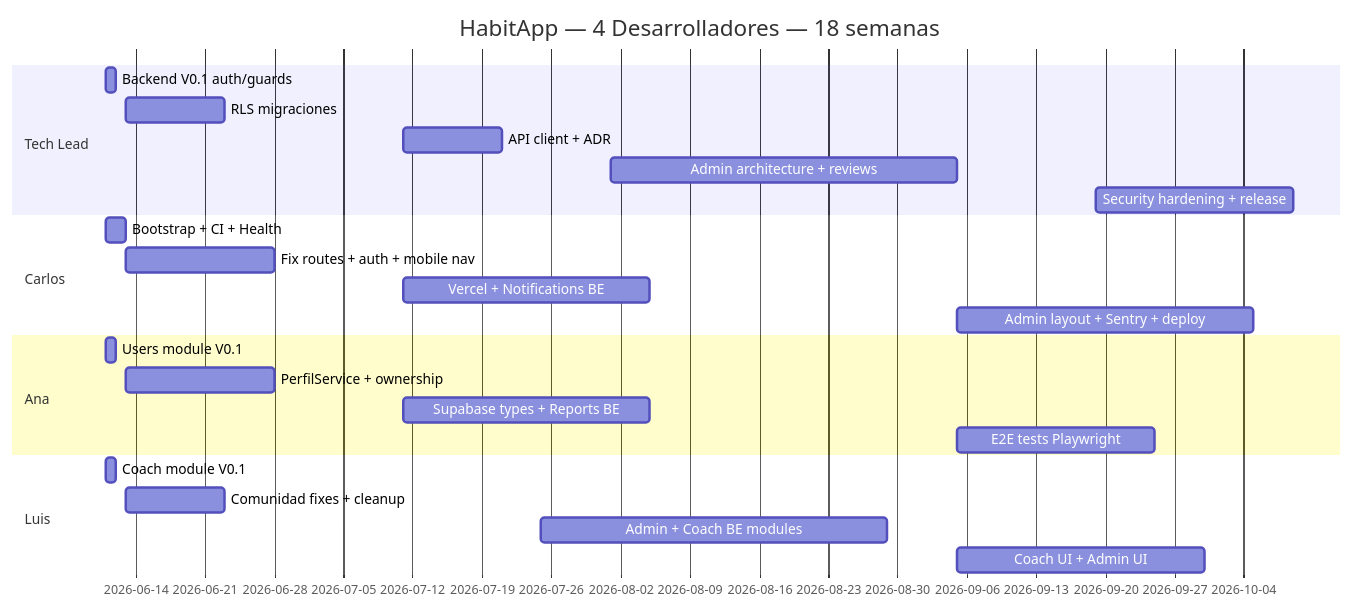
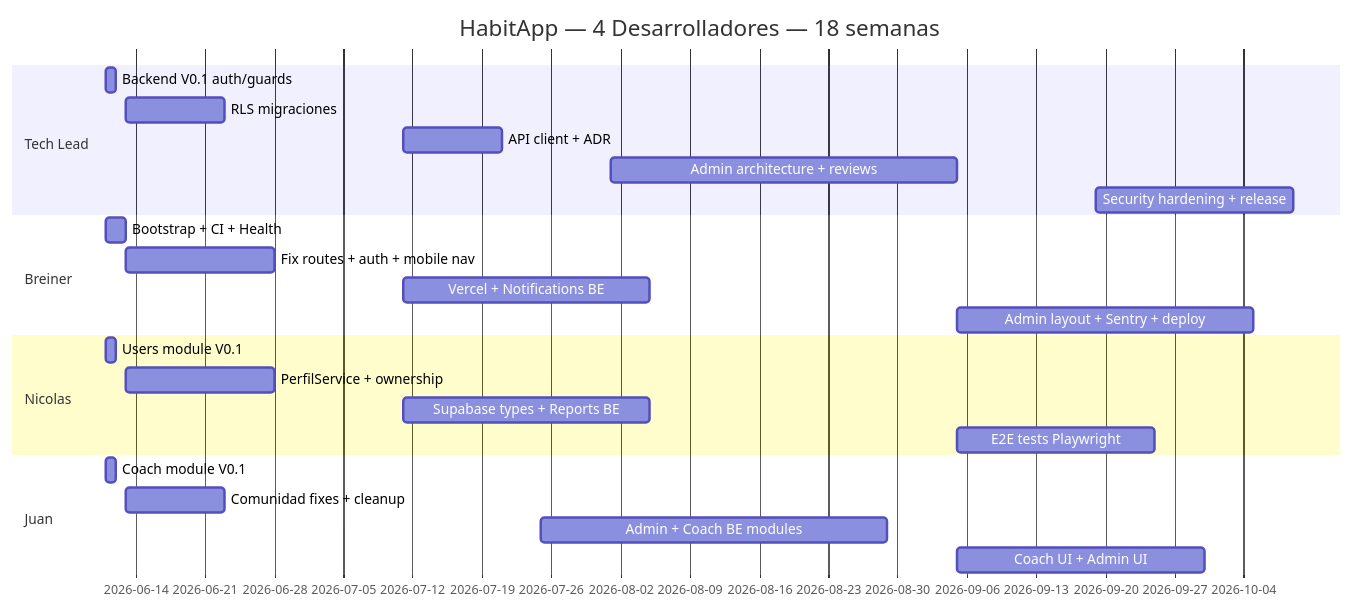
The fifth of 5 diagrams in .planeacion/PLAN_MAESTRO_HABITAPP_V1.md (CarlosAcosta44/habitapp), drawn with Mermaid before and after one commit. The commit also changed other lines of this file and 3 other files, not shown here.

````diff
--- a/.planeacion/PLAN_MAESTRO_HABITAPP_V1.md
+++ b/.planeacion/PLAN_MAESTRO_HABITAPP_V1.md
@@ -477,30 +477,30 @@
 ```mermaid
 gantt
     title HabitApp — 4 Desarrolladores — 18 semanas
     dateFormat YYYY-MM-DD
 
     section Tech Lead
     Backend V0.1 auth/guards       :tl0, 2026-06-11, 1d
     RLS migraciones                :tl1, 2026-06-13, 10d
     API client + ADR               :tl2, 2026-07-11, 10d
     Admin architecture + reviews   :tl3, 2026-08-01, 35d
     Security hardening + release   :tl4, 2026-09-19, 20d
 
-    section Carlos
+    section Breiner
     Bootstrap + CI + Health        :c0, 2026-06-11, 2d
     Fix routes + auth + mobile nav   :c1, 2026-06-13, 15d
     Vercel + Notifications BE      :c2, 2026-07-11, 25d
     Admin layout + Sentry + deploy   :c3, 2026-09-05, 30d
 
-    section Ana
+    section Nicolas
     Users module V0.1              :a0, 2026-06-11, 1d
     PerfilService + ownership      :a1, 2026-06-13, 15d
     Supabase types + Reports BE    :a2, 2026-07-11, 25d
     E2E tests Playwright           :a3, 2026-09-05, 20d
 
-    section Luis
+    section Juan
     Coach module V0.1              :l0, 2026-06-11, 1d
     Comunidad fixes + cleanup      :l1, 2026-06-13, 10d
     Admin + Coach BE modules       :l2, 2026-07-25, 35d
     Coach UI + Admin UI            :l3, 2026-09-05, 25d
 ```
````
